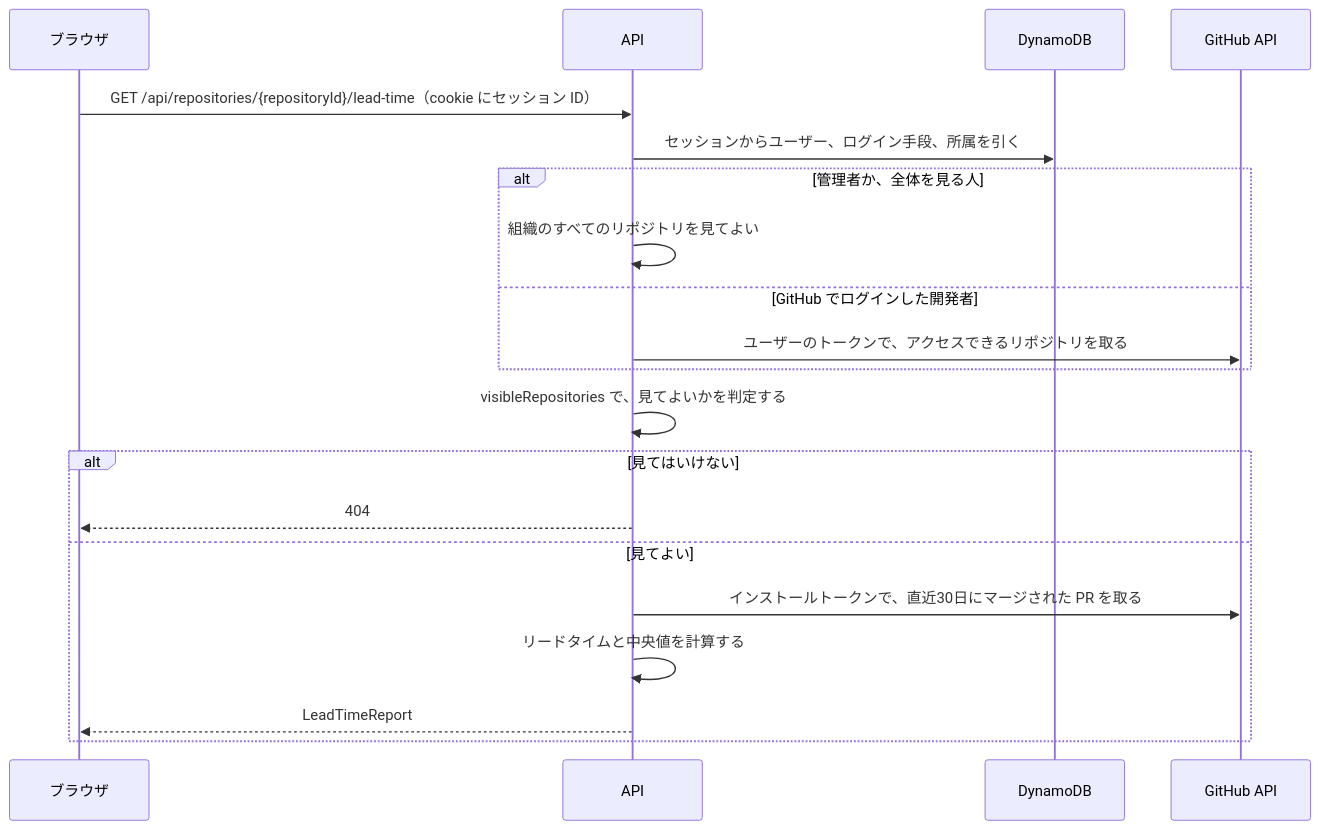
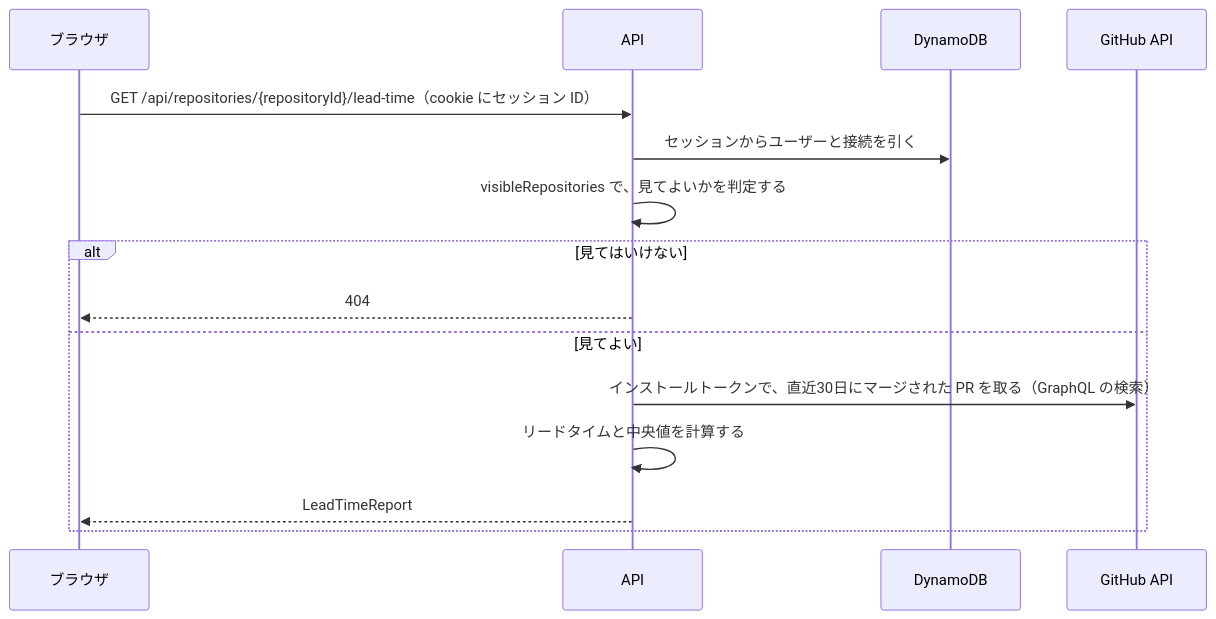
The third of 3 diagrams in docs/architecture.md (yamkazu/miruca), drawn with Mermaid before and after one commit. The commit also changed other lines of this file and 1 other file, not shown here.

````diff
--- a/docs/architecture.md
+++ b/docs/architecture.md
@@ -73,23 +98,18 @@
 ```mermaid
 sequenceDiagram
   participant B as ブラウザ
   participant A as API
   participant D as DynamoDB
   participant G as GitHub API
 
   B->>A: GET /api/repositories/{repositoryId}/lead-time（cookie にセッション ID）
-  A->>D: セッションからユーザー、ログイン手段、所属を引く
-  alt 管理者か、全体を見る人
-    A->>A: 組織のすべてのリポジトリを見てよい
-  else GitHub でログインした開発者
-    A->>G: ユーザーのトークンで、アクセスできるリポジトリを取る
-  end
+  A->>D: セッションからユーザーと接続を引く
   A->>A: visibleRepositories で、見てよいかを判定する
   alt 見てはいけない
     A-->>B: 404
   else 見てよい
-    A->>G: インストールトークンで、直近30日にマージされた PR を取る
+    A->>G: インストールトークンで、直近30日にマージされた PR を取る（GraphQL の検索）
     A->>A: リードタイムと中央値を計算する
     A-->>B: LeadTimeReport
   end
 ```
````
